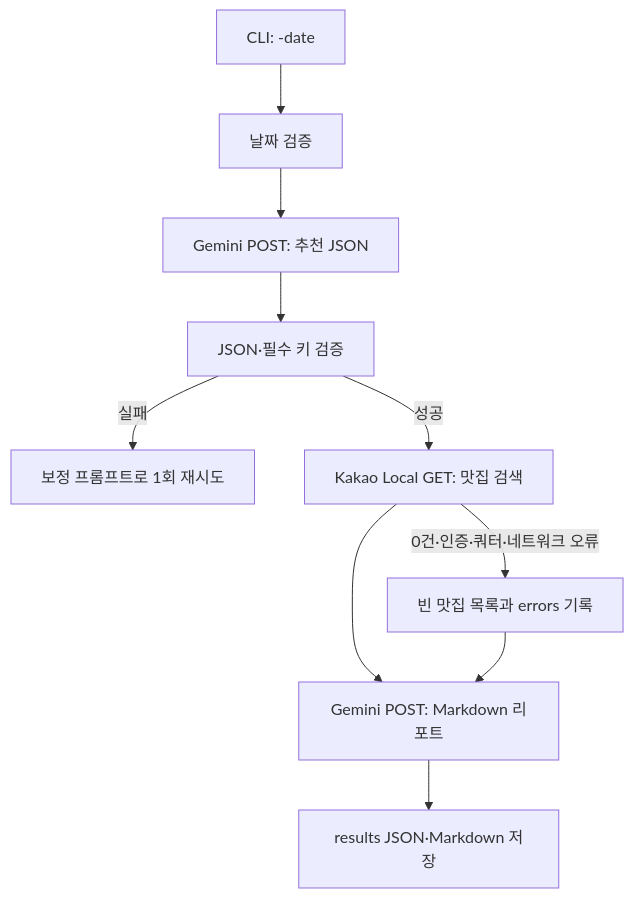
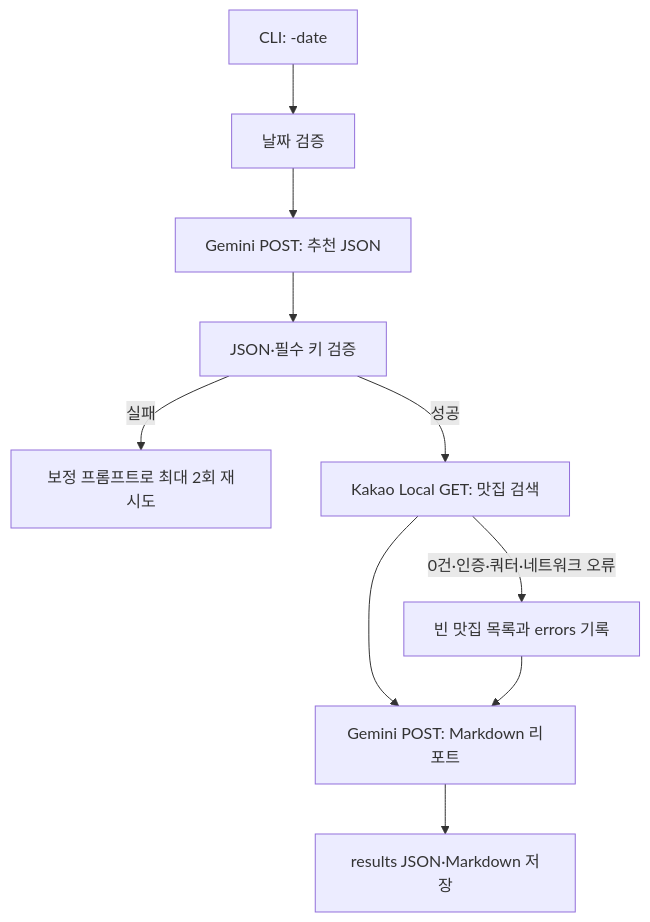
One commit to Starter-Python/codyssey_temporary changed the diagram in AI 활용 학습 A1-2/README.md. Above: the diagram before and after it, drawn with Mermaid. The commit also changed other lines of this file and 4 other files, not shown here.

````diff
--- a/AI 활용 학습 A1-2/README.md
+++ b/AI 활용 학습 A1-2/README.md
@@ -72,12 +92,12 @@
 ```mermaid
 flowchart TD
     A[CLI: -date] --> B[날짜 검증]
     B --> C[Gemini POST: 추천 JSON]
     C --> D[JSON·필수 키 검증]
-    D -- 실패 --> E[보정 프롬프트로 1회 재시도]
+    D -- 실패 --> E[보정 프롬프트로 최대 2회 재시도]
     D -- 성공 --> F[Kakao Local GET: 맛집 검색]
     F --> G[Gemini POST: Markdown 리포트]
     G --> H[results JSON·Markdown 저장]
     F -- 0건·인증·쿼터·네트워크 오류 --> I[빈 맛집 목록과 errors 기록]
     I --> G
 ```
````
